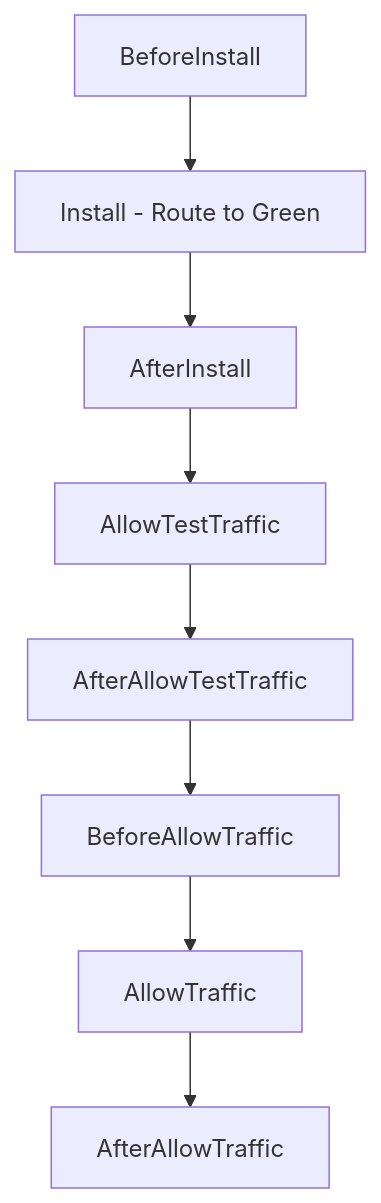
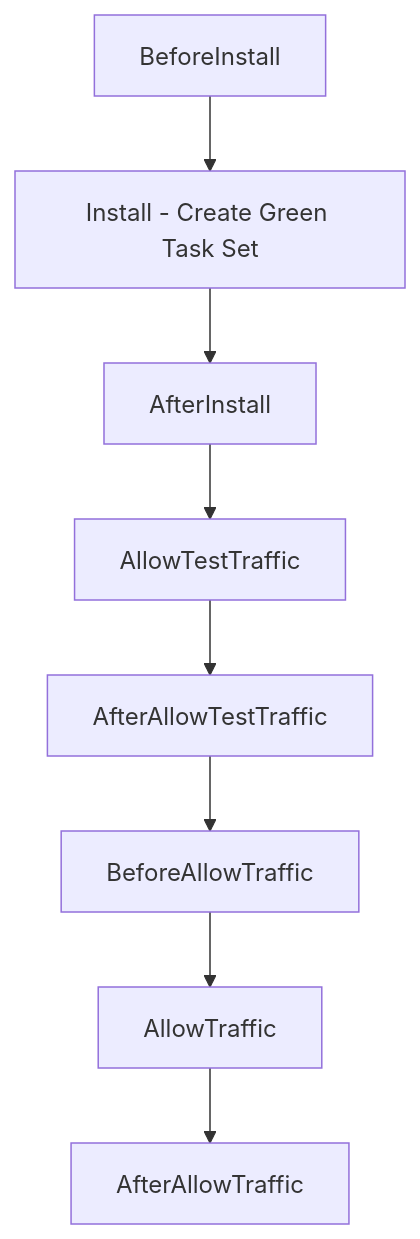
One commit to OneUptime/blog changed the second of 2 diagrams in posts/2026-02-12-set-up-codedeploy-lifecycle-hooks/README.md. Above: the diagram before and after it, drawn with Mermaid. The commit also changed other lines of this file and 2 other files, not shown here.

Commit message:
validate: 2026-02-12-set-up-codedeploy-lifecycle-hooks

````diff
--- a/posts/2026-02-12-set-up-codedeploy-lifecycle-hooks/README.md
+++ b/posts/2026-02-12-set-up-codedeploy-lifecycle-hooks/README.md
@@ -359,10 +370,10 @@
 ```mermaid
 graph TD
-    A[BeforeInstall] --> B[Install - Route to Green]
+    A[BeforeInstall] --> B[Install - Create Green Task Set]
     B --> C[AfterInstall]
     C --> D[AllowTestTraffic]
     D --> E[AfterAllowTestTraffic]
     E --> F[BeforeAllowTraffic]
     F --> G[AllowTraffic]
     G --> H[AfterAllowTraffic]
 ```
````
